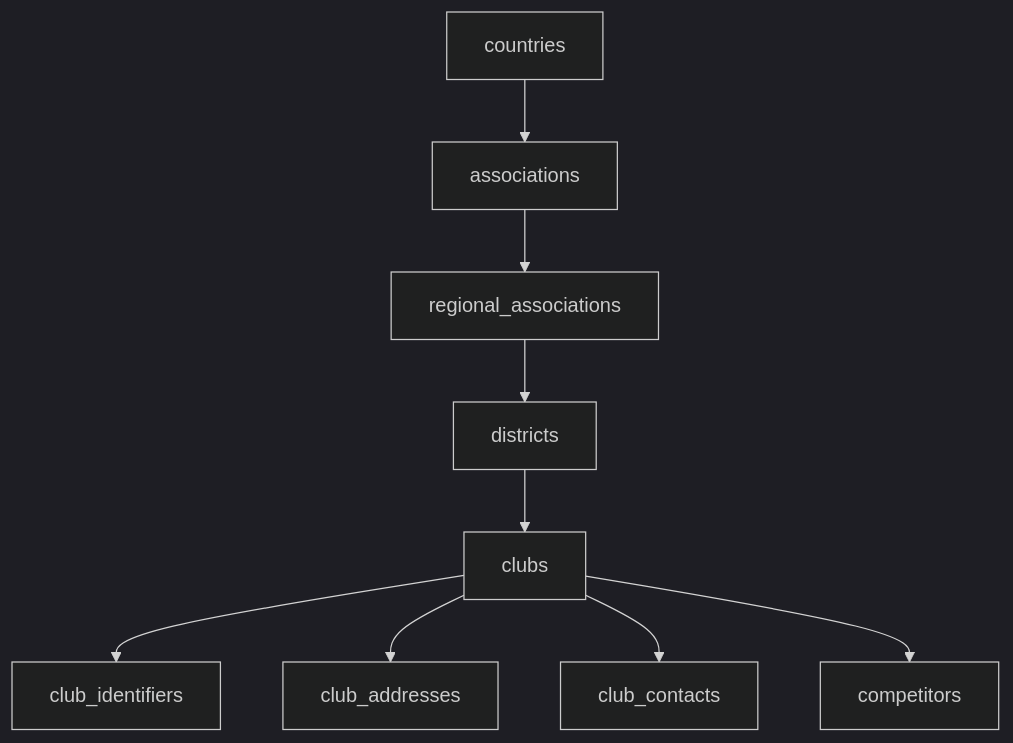
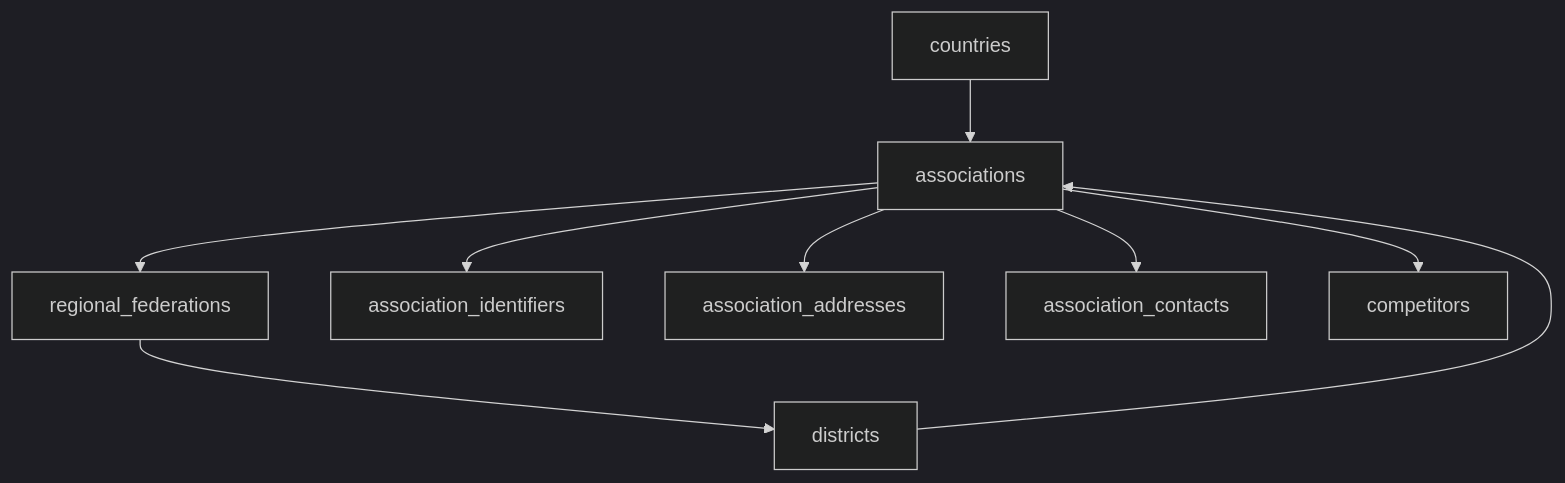
Before and after one commit to AK2083/DojoSphere: the second of 3 diagrams in docs/database/associations-schema.md, drawn with Mermaid (dark theme). The commit also changed other lines of this file and 166 other files, not shown here.

First line of the commit message:
refactor: update terminology from clubs to associations across documentation and codebase

````diff
--- a/docs/database/associations-schema.md
+++ b/docs/database/associations-schema.md
@@ -112,11 +112,11 @@
 ```mermaid
 flowchart TB
   countries --> associations
-  associations --> regional_associations
-  regional_associations --> districts
-  districts --> clubs
-  clubs --> club_identifiers
-  clubs --> club_addresses
-  clubs --> club_contacts
-  clubs --> competitors
+  associations --> regional_federations
+  regional_federations --> districts
+  districts --> associations
+  associations --> association_identifiers
+  associations --> association_addresses
+  associations --> association_contacts
+  associations --> competitors
 ```
````
